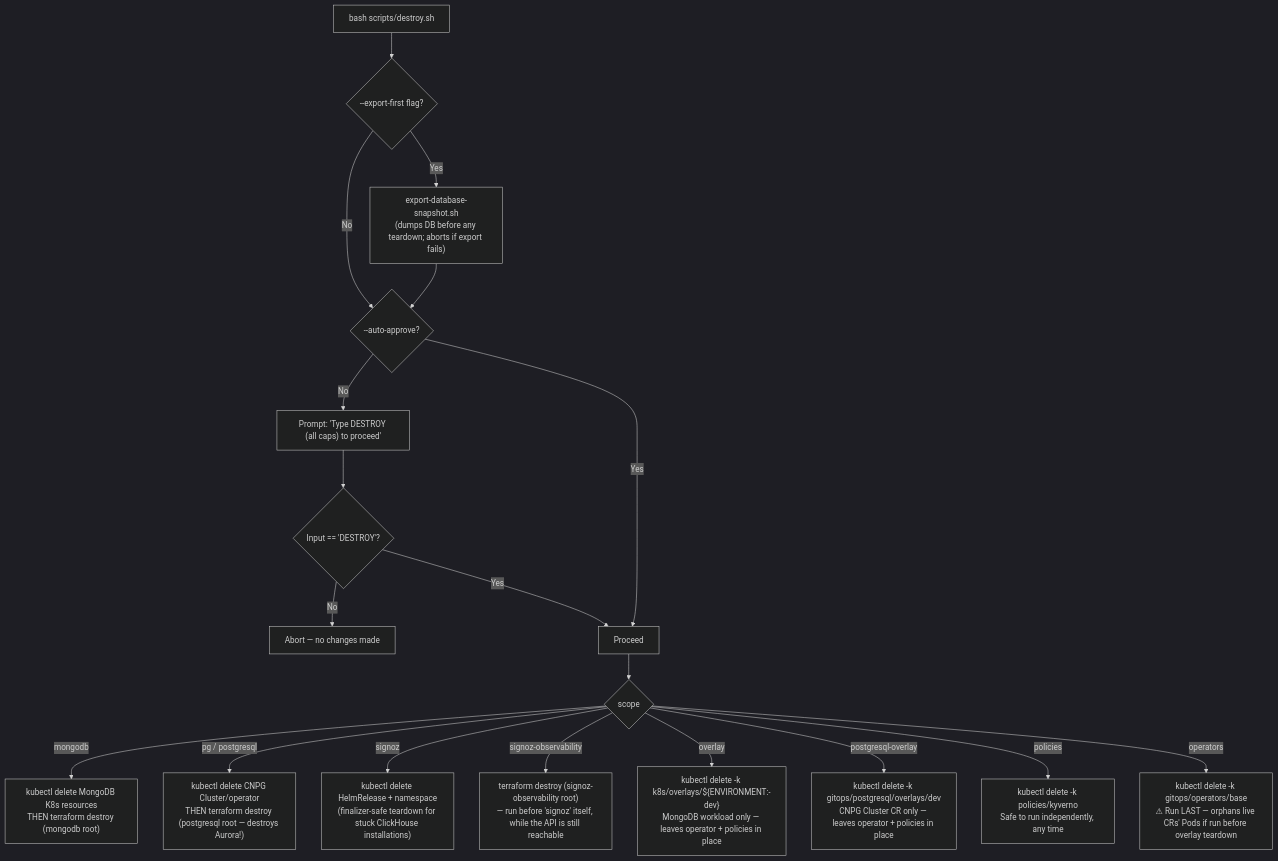
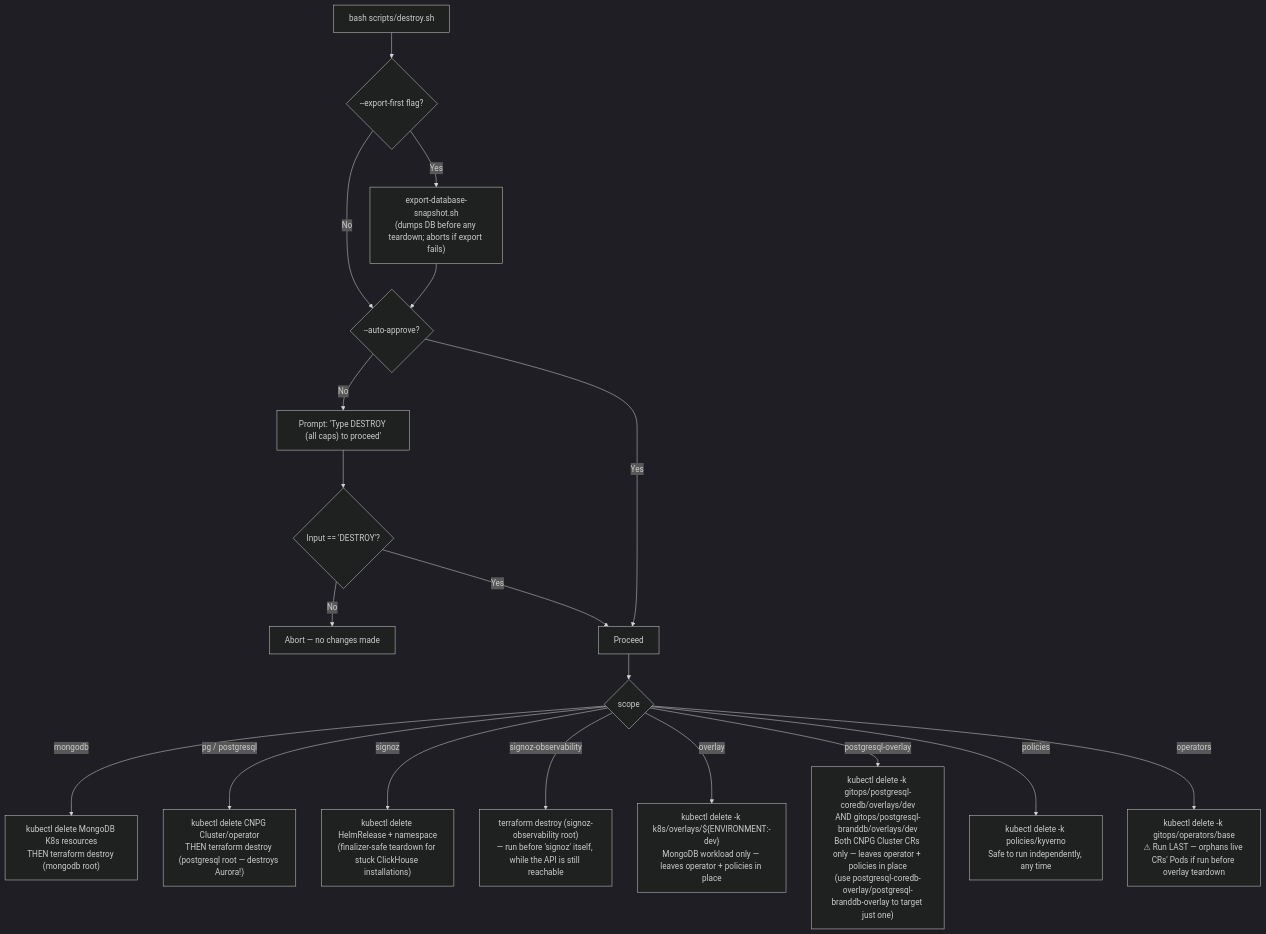
Before and after one commit to sml-global/mongodb: the seventh of 12 diagrams in docs/references/provisioning-flows-and-infra-diagrams.md, drawn with Mermaid (dark theme). The commit also changed other lines of this file and 42 other files, not shown here.

````diff
--- a/docs/references/provisioning-flows-and-infra-diagrams.md
+++ b/docs/references/provisioning-flows-and-infra-diagrams.md
@@ -239,21 +252,21 @@
 ```mermaid
 flowchart TD
   A["bash scripts/destroy.sh <scope>"] --> B{--export-first flag?}
   B -->|Yes| C["export-database-snapshot.sh<br/>(dumps DB before any teardown; aborts if export fails)"]
   B -->|No| D
   C --> D{--auto-approve?}
   D -->|No| E["Prompt: 'Type DESTROY (all caps) to proceed'"]
   E --> F{Input == 'DESTROY'?}
   F -->|No| G[Abort — no changes made]
   F -->|Yes| H[Proceed]
   D -->|Yes| H
   H --> I{scope}
   I -->|mongodb| J["kubectl delete MongoDB K8s resources<br/>THEN terraform destroy (mongodb root)"]
   I -->|pg / postgresql| K["kubectl delete CNPG Cluster/operator<br/>THEN terraform destroy (postgresql root — destroys Aurora!)"]
   I -->|signoz| L["kubectl delete HelmRelease + namespace<br/>(finalizer-safe teardown for stuck ClickHouse installations)"]
   I -->|signoz-observability| M["terraform destroy (signoz-observability root)<br/>— run before 'signoz' itself, while the API is still reachable"]
   I -->|overlay| N["kubectl delete -k k8s/overlays/${ENVIRONMENT:-dev}<br/>MongoDB workload only — leaves operator + policies in place"]
-  I -->|postgresql-overlay| O["kubectl delete -k gitops/postgresql/overlays/dev<br/>CNPG Cluster CR only — leaves operator + policies in place"]
+  I -->|postgresql-overlay| O["kubectl delete -k gitops/postgresql-coredb/overlays/dev<br/>AND gitops/postgresql-branddb/overlays/dev<br/>Both CNPG Cluster CRs only — leaves operator + policies in place<br/>(use postgresql-coredb-overlay/postgresql-branddb-overlay to target just one)"]
   I -->|policies| P["kubectl delete -k policies/kyverno<br/>Safe to run independently, any time"]
   I -->|operators| Q["kubectl delete -k gitops/operators/base<br/>⚠ Run LAST — orphans live CRs' Pods if run before overlay teardown"]
 ```
````
